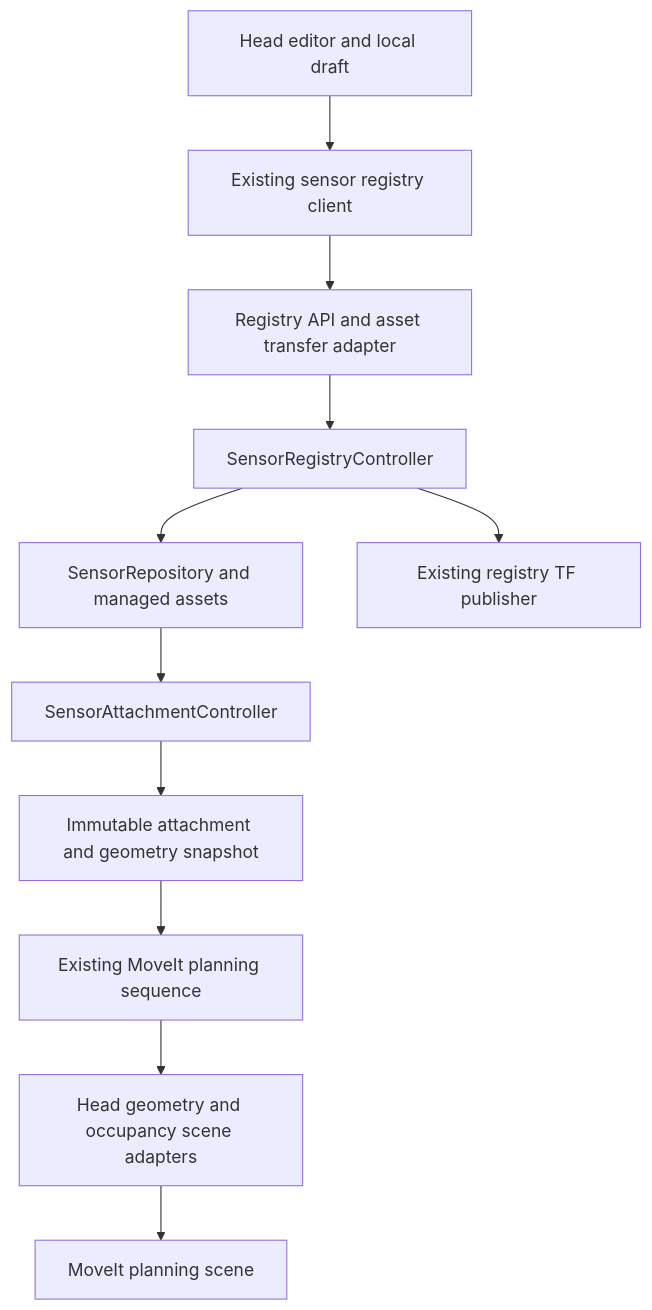
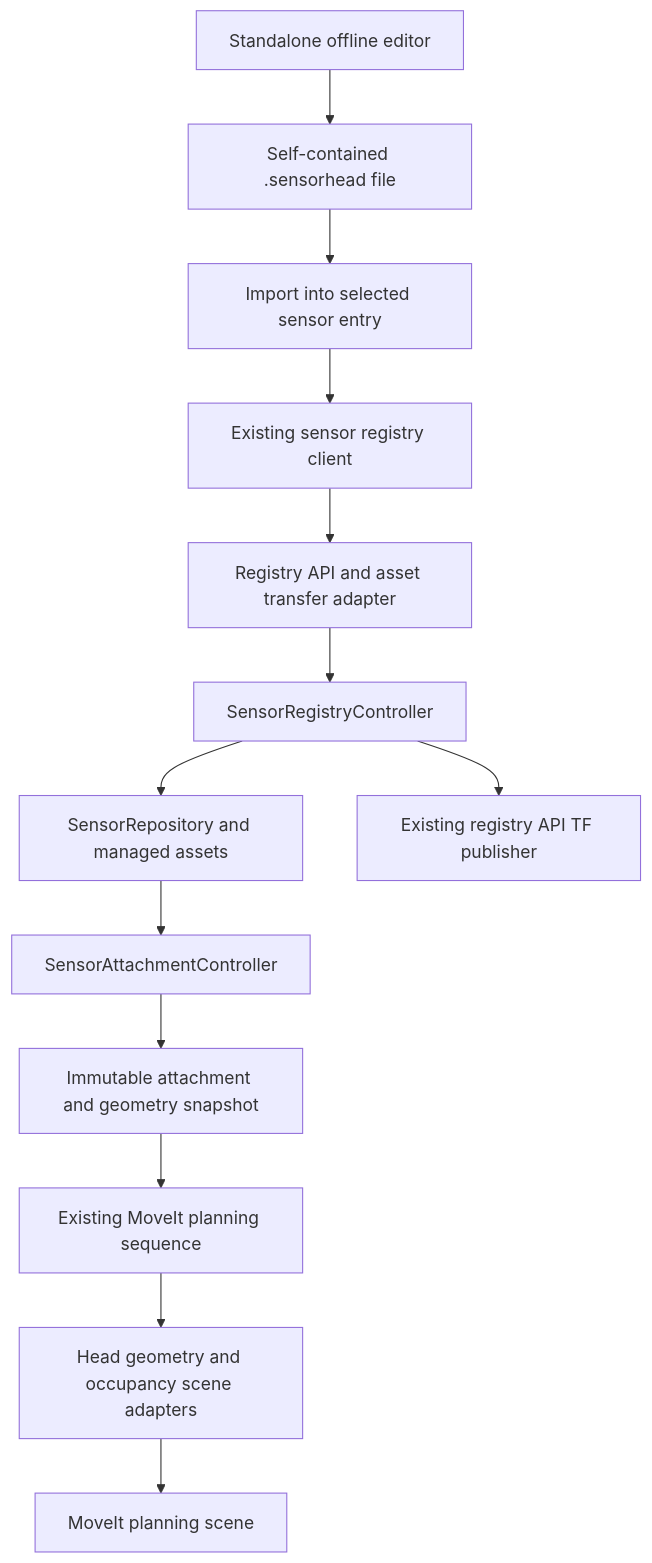
One commit to heini208/fault_detector_spot changed the diagram in documentation/Sensor_Head_Editor_Design.md. Above: the diagram before and after it, drawn with Mermaid. The commit also changed other lines of this file, not shown here.

Commit message:
Describe standalone sensor head editor and import workflow

````diff
--- a/documentation/Sensor_Head_Editor_Design.md
+++ b/documentation/Sensor_Head_Editor_Design.md
@@ -135,13 +154,15 @@
 ```mermaid
 flowchart TD
-    UI[Head editor and local draft] --> Client[Existing sensor registry client]
+    Editor[Standalone offline editor] --> File[Self-contained .sensorhead file]
+    File --> UI[Import into selected sensor entry]
+    UI --> Client[Existing sensor registry client]
     Client --> API[Registry API and asset transfer adapter]
     API --> Registry[SensorRegistryController]
     Registry --> Repo[SensorRepository and managed assets]
-    Registry --> TF[Existing registry TF publisher]
+    Registry --> TF[Existing registry API TF publisher]
     Repo --> Attachment[SensorAttachmentController]
     Attachment --> Snapshot[Immutable attachment and geometry snapshot]
     Snapshot --> Planner[Existing MoveIt planning sequence]
     Planner --> Scene[Head geometry and occupancy scene adapters]
     Scene --> MoveIt[MoveIt planning scene]
 ```
````
